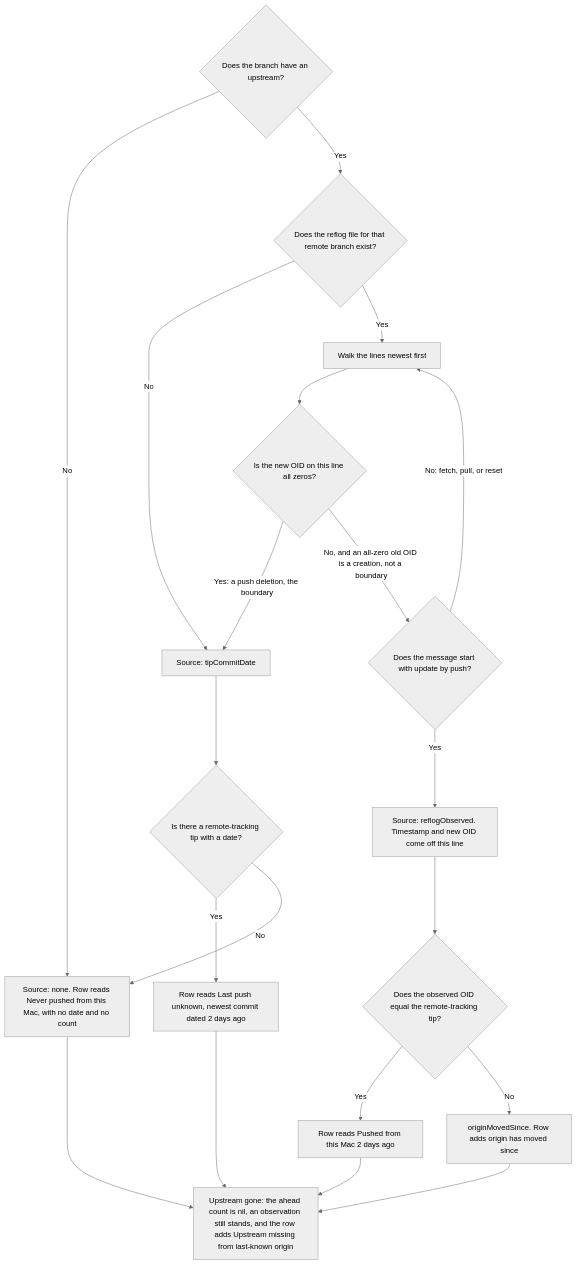
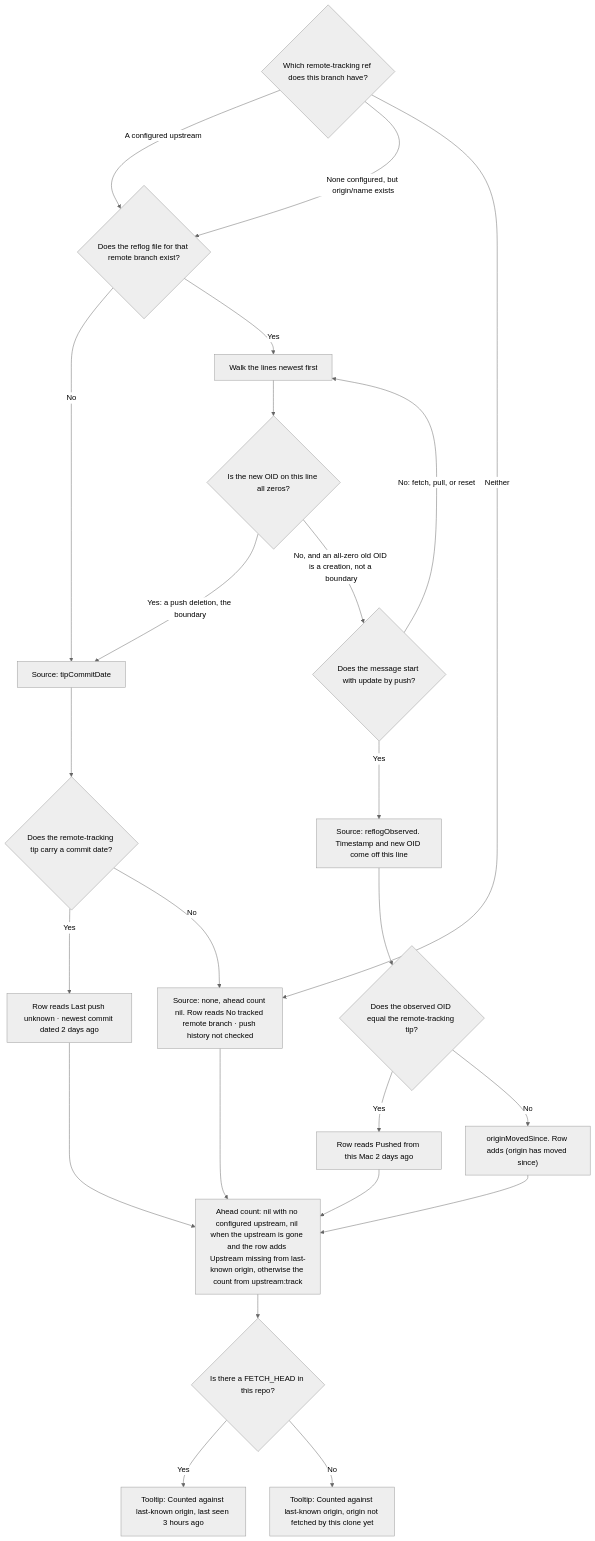
One commit to hannahstulberg/branchbar changed the third of 6 diagrams in ARCHITECTURE.md. Above: the diagram before and after it, drawn with Mermaid (neutral theme). The commit also changed other lines of this file and 11 other files, not shown here.

````diff
--- a/ARCHITECTURE.md
+++ b/ARCHITECTURE.md
@@ -100,22 +101,27 @@
 ```mermaid
 graph TD
-    A{"Does the branch have an upstream?"} -->|"No"| A1["Source: none. Row reads Never pushed from this Mac, with no date and no count"]
-    A -->|"Yes"| B{"Does the reflog file for that remote branch exist?"}
+    A{"Which remote-tracking ref does this branch have?"} -->|"A configured upstream"| B
+    A -->|"None configured, but origin/name exists"| B
+    A -->|"Neither"| A1["Source: none, ahead count nil. Row reads No tracked remote branch · push history not checked"]
+    B{"Does the reflog file for that remote branch exist?"}
     B -->|"No"| F["Source: tipCommitDate"]
     B -->|"Yes"| C["Walk the lines newest first"]
     C --> D{"Is the new OID on this line all zeros?"}
     D -->|"Yes: a push deletion, the boundary"| F
     D -->|"No, and an all-zero old OID is a creation, not a boundary"| E{"Does the message start with update by push?"}
     E -->|"No: fetch, pull, or reset"| C
     E -->|"Yes"| G["Source: reflogObserved. Timestamp and new OID come off this line"]
     G --> H{"Does the observed OID equal the remote-tracking tip?"}
     H -->|"Yes"| I["Row reads Pushed from this Mac 2 days ago"]
-    H -->|"No"| J["originMovedSince. Row adds origin has moved since"]
-    F --> K{"Is there a remote-tracking tip with a date?"}
-    K -->|"Yes"| L["Row reads Last push unknown, newest commit dated 2 days ago"]
+    H -->|"No"| J["originMovedSince. Row adds (origin has moved since)"]
+    F --> K{"Does the remote-tracking tip carry a commit date?"}
+    K -->|"Yes"| L["Row reads Last push unknown · newest commit dated 2 days ago"]
     K -->|"No"| A1
-    A1 --> M["Upstream gone: the ahead count is nil, an observation still stands, and the row adds Upstream missing from last-known origin"]
+    A1 --> M["Ahead count: nil with no configured upstream, nil when the upstream is gone and the row adds Upstream missing from last-known origin, otherwise the count from upstream:track"]
     J --> M
     I --> M
     L --> M
+    M --> N{"Is there a FETCH_HEAD in this repo?"}
+    N -->|"Yes"| N1["Tooltip: Counted against last-known origin, last seen 3 hours ago"]
+    N -->|"No"| N2["Tooltip: Counted against last-known origin, origin not fetched by this clone yet"]
 ```
````
